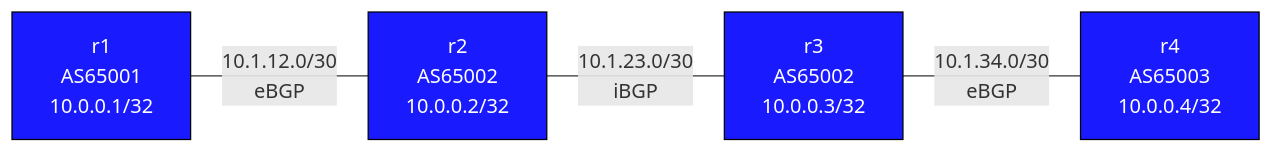
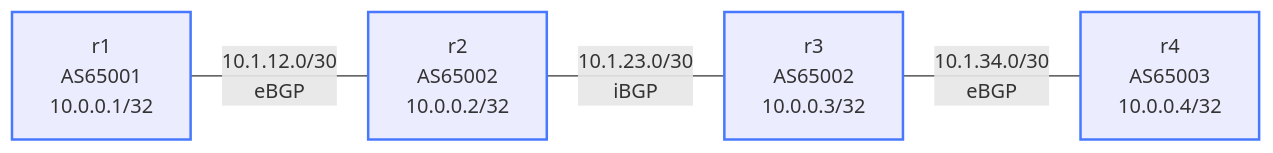
One commit to jschless/networkingLabs changed the diagram in labs/bgp-basics/README.md. Above: the diagram before and after it, drawn with Mermaid. The commit also changed 250 other files, not shown here.

Commit message:
Fix unreadable topology diagrams, convert ASCII art, publish assessments (#57)

````diff
--- a/labs/bgp-basics/README.md
+++ b/labs/bgp-basics/README.md
@@ -12,14 +12,14 @@
 ```mermaid
 flowchart LR
-    r1["r1\nAS65001\n10.0.0.1/32"]
-    r2["r2\nAS65002\n10.0.0.2/32"]
-    r3["r3\nAS65002\n10.0.0.3/32"]
-    r4["r4\nAS65003\n10.0.0.4/32"]
+    r1["r1<br/>AS65001<br/>10.0.0.1/32"]
+    r2["r2<br/>AS65002<br/>10.0.0.2/32"]
+    r3["r3<br/>AS65002<br/>10.0.0.3/32"]
+    r4["r4<br/>AS65003<br/>10.0.0.4/32"]
 
-    r1 -- "10.1.12.0/30\neBGP" --- r2
-    r2 -- "10.1.23.0/30\niBGP" --- r3
-    r3 -- "10.1.34.0/30\neBGP" --- r4
+    r1 -- "10.1.12.0/30<br/>eBGP" --- r2
+    r2 -- "10.1.23.0/30<br/>iBGP" --- r3
+    r3 -- "10.1.34.0/30<br/>eBGP" --- r4
 
-    classDef router fill:#1a1aff,color:#fff,stroke:#000
+    classDef router stroke:#4778ff,stroke-width:2px
     class r1,r2,r3,r4 router
 ```
````
